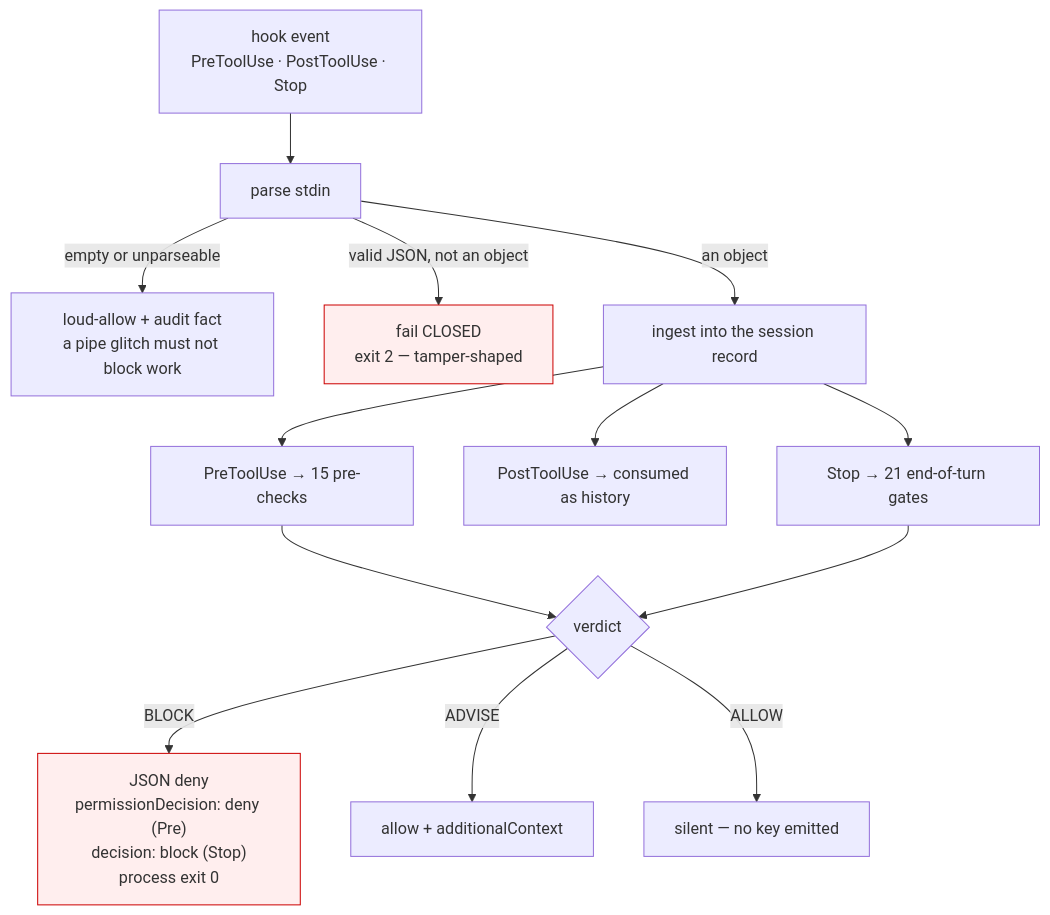
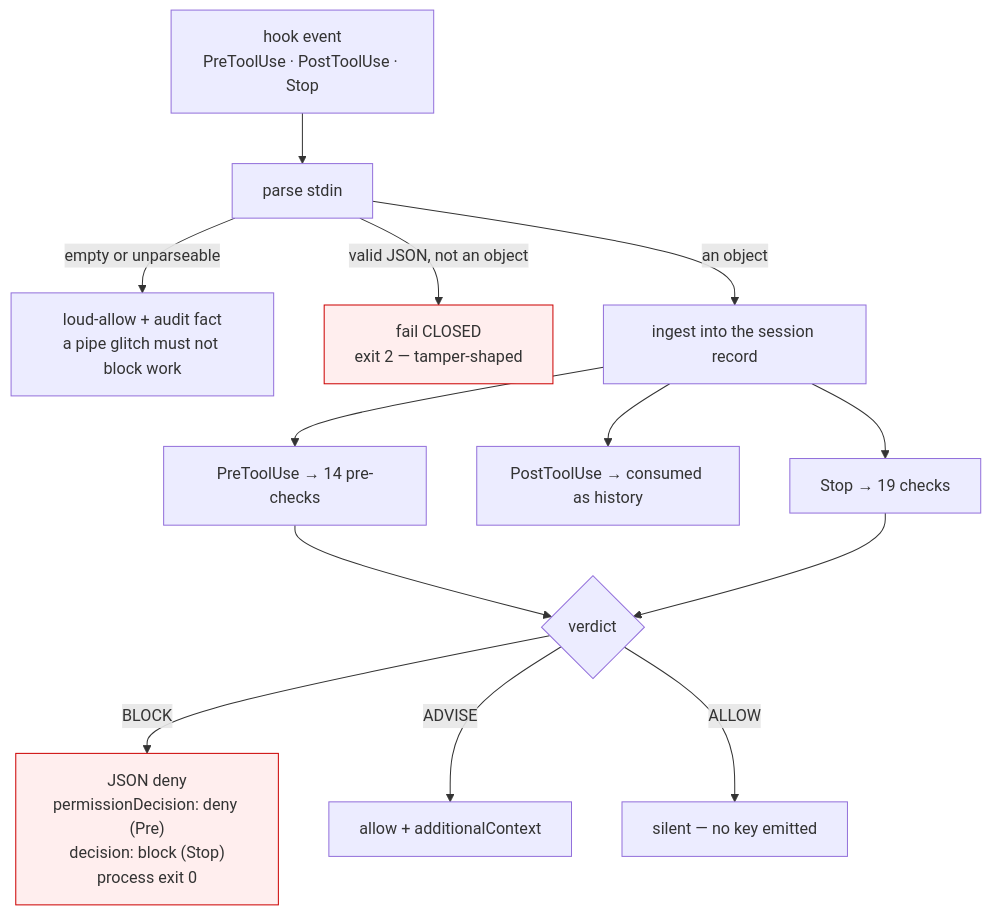
Before and after one commit to Clear-Sights/Makoto: the diagram in README.md, drawn with Mermaid. The commit also changed other lines of this file and 52 other files, not shown here.

````diff
--- a/README.md
+++ b/README.md
@@ -23,17 +23,17 @@
 ```mermaid
 flowchart TD
     E["hook event<br/>PreToolUse · PostToolUse · Stop"] --> P["parse stdin"]
     P -->|"empty or unparseable"| LA["loud-allow + audit fact<br/>a pipe glitch must not block work"]
     P -->|"valid JSON, not an object"| FC["fail CLOSED<br/>exit 2 — tamper-shaped"]
     P -->|"an object"| I["ingest into the session record"]
-    I --> PRE["PreToolUse → 15 pre-checks"]
+    I --> PRE["PreToolUse → 14 pre-checks"]
     I --> POST["PostToolUse → consumed as history"]
-    I --> STOP["Stop → 21 end-of-turn gates"]
+    I --> STOP["Stop → 19 checks"]
     PRE --> W{"verdict"}
     STOP --> W
     W -->|BLOCK| DENY["JSON deny<br/>permissionDecision: deny (Pre)<br/>decision: block (Stop)<br/>process exit 0"]
     W -->|ADVISE| ADV["allow + additionalContext"]
     W -->|ALLOW| SIL["silent — no key emitted"]
     style FC fill:#fee,stroke:#c00
     style DENY fill:#fee,stroke:#c00
 ```
````
